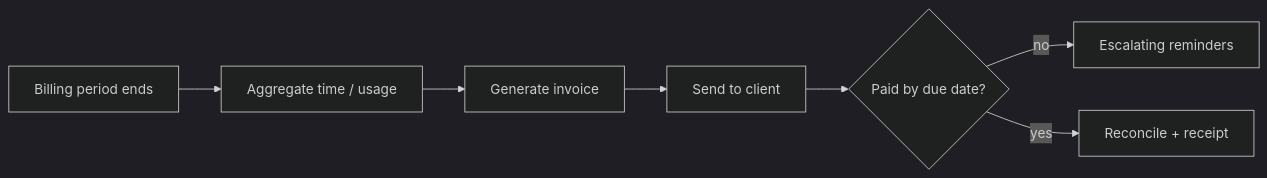
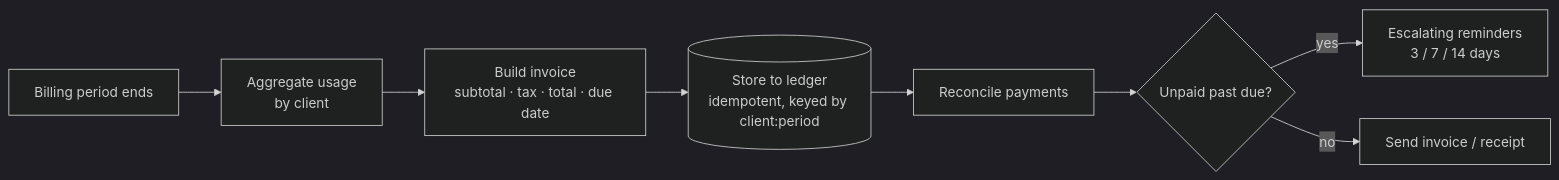
The diagram in 03-invoicing-billing/README.md (danieaneta/business-automation-playbook), drawn with Mermaid (dark theme) before and after one commit. The commit also changed other lines of this file and 69 other files, not shown here.

````diff
--- a/03-invoicing-billing/README.md
+++ b/03-invoicing-billing/README.md
@@ -16,9 +17,10 @@
 ```mermaid
 flowchart LR
-    A[Billing period ends] --> B[Aggregate time / usage]
-    B --> C[Generate invoice]
-    C --> D[Send to client]
-    D --> E{Paid by due date?}
-    E -->|no| F[Escalating reminders]
-    E -->|yes| G[Reconcile + receipt]
+    A[Billing period ends] --> B[Aggregate usage<br/>by client]
+    B --> C[Build invoice<br/>subtotal · tax · total · due date]
+    C --> D[(Store to ledger<br/>idempotent, keyed by client:period)]
+    D --> E[Reconcile payments]
+    E --> F{Unpaid past due?}
+    F -->|yes| G[Escalating reminders<br/>3 / 7 / 14 days]
+    F -->|no| H[Send invoice / receipt]
 ```
````
